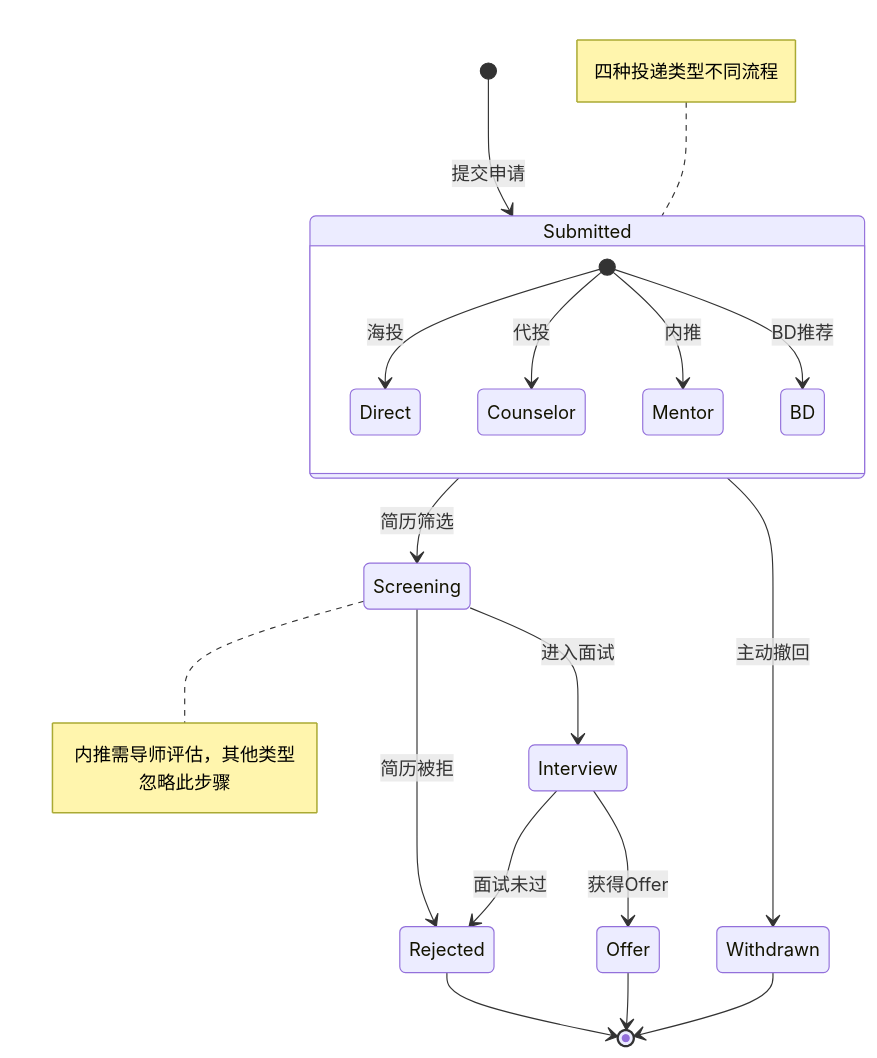
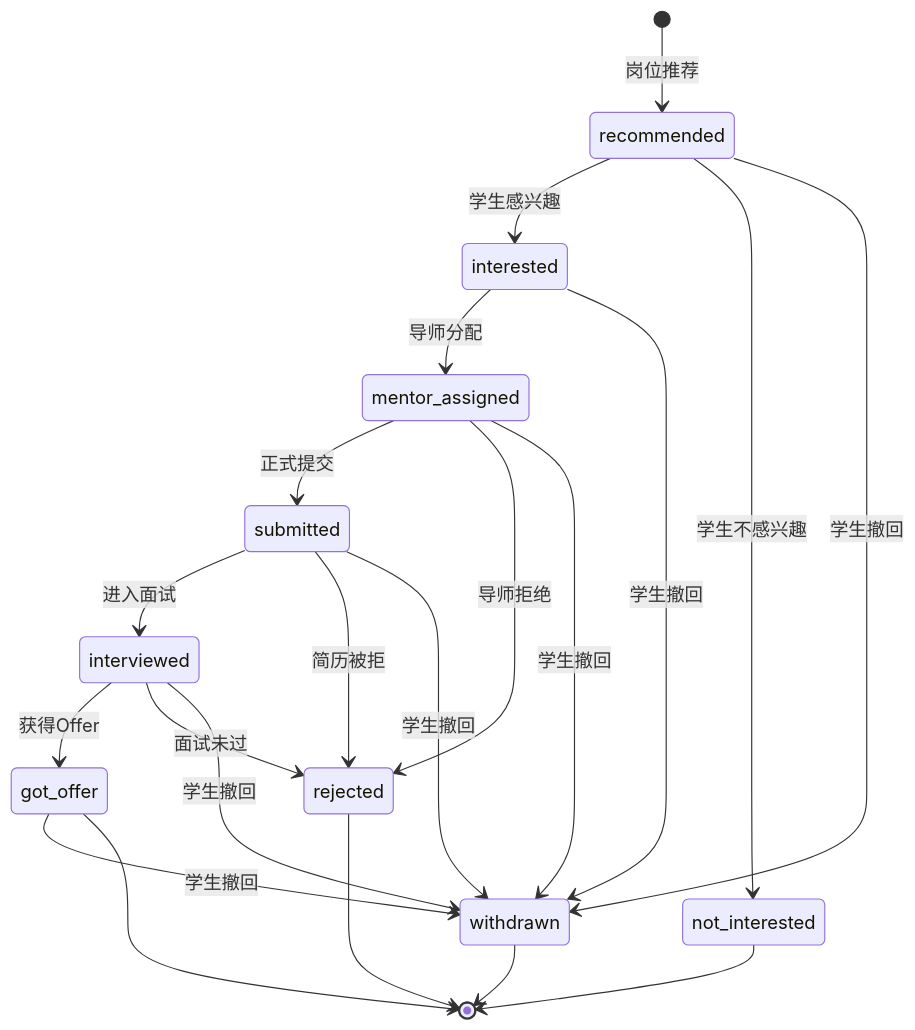
Before and after one commit to victorx98/sa2-mvp: the fourth of 5 diagrams in docs/placement_domain_design_v3.1.md, drawn with Mermaid. The commit also changed other lines of this file and 21 other files, not shown here.

````diff
--- a/docs/placement_domain_design_v3.1.md
+++ b/docs/placement_domain_design_v3.1.md
@@ -70,27 +83,25 @@
 ```mermaid
 stateDiagram-v2
-    [*] --> Submitted: 提交申请
+    [*] --> recommended: 岗位推荐
+    recommended --> interested: 学生感兴趣
+    recommended --> not_interested: 学生不感兴趣
+    interested --> mentor_assigned: 导师分配
+    mentor_assigned --> submitted: 正式提交
+    mentor_assigned --> rejected: 导师拒绝
+    submitted --> interviewed: 进入面试
+    submitted --> rejected: 简历被拒
+    interviewed --> got_offer: 获得Offer
+    interviewed --> rejected: 面试未过
     
-    state Submitted {
-        [*] --> Direct: 海投
-        [*] --> Counselor: 代投
-        [*] --> Mentor: 内推
-        [*] --> BD: BD推荐
-    }
+    recommended --> withdrawn: 学生撤回
+    interested --> withdrawn: 学生撤回
+    mentor_assigned --> withdrawn: 学生撤回
+    submitted --> withdrawn: 学生撤回
+    interviewed --> withdrawn: 学生撤回
+    got_offer --> withdrawn: 学生撤回
     
-    Submitted --> Screening: 简历筛选
-    
-    note left of Submitted : 四种投递类型不同流程
-    note right of Screening : 内推需导师评估，其他类型忽略此步骤
-    
-    Screening --> Interview: 进入面试
-    Screening --> Rejected: 简历被拒
-    Interview --> Offer: 获得Offer
-    Interview --> Rejected: 面试未过
-    
-    Submitted --> Withdrawn: 主动撤回
-    
-    Rejected --> [*]
-    Offer --> [*]
-    Withdrawn --> [*]
+    not_interested --> [*]
+    rejected --> [*]
+    got_offer --> [*]
+    withdrawn --> [*]
 ```
````
